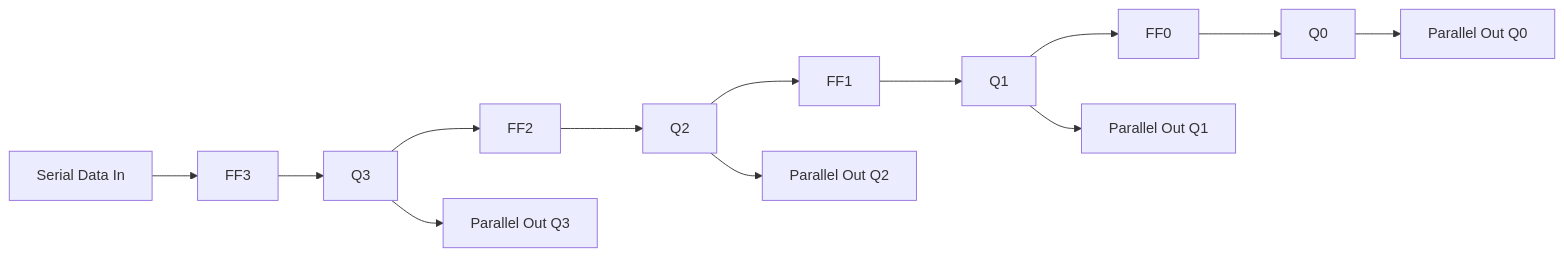
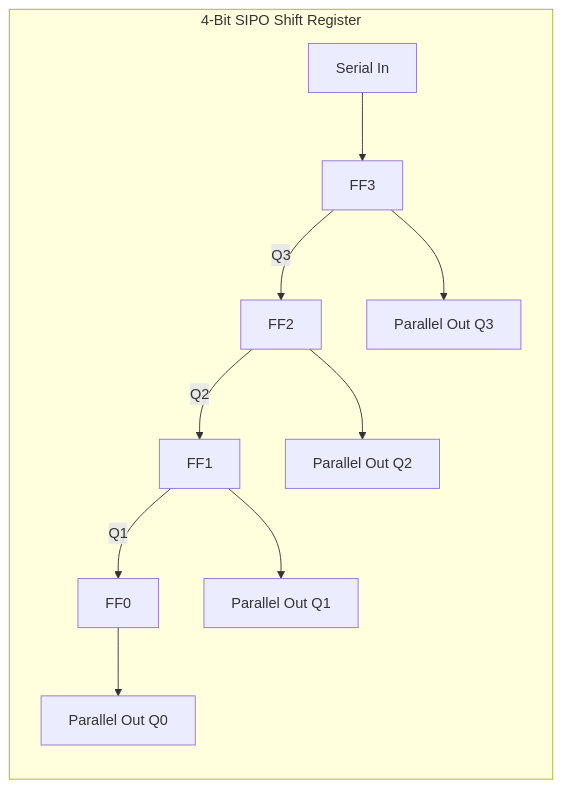
The eighth of 11 diagrams in DLD/notes/cat2/cat2-hots-module3-sequential-circuits.md (AnkitSinghGTHB/Fall2627), drawn with Mermaid before and after one commit. The commit also changed other lines of this file and 1 other file, not shown here.

Commit message:
feat(dld): add complete flip-flop schematics, conversions, ripple/synchronous counter circuits, and FSM architectures

````diff
--- a/DLD/notes/cat2/cat2-hots-module3-sequential-circuits.md
+++ b/DLD/notes/cat2/cat2-hots-module3-sequential-circuits.md
@@ -29,16 +216,14 @@
 ```mermaid
 graph LR
-    SI["Serial Data In"] --> D3["FF3"]
-    D3 --> Q3["Q3"]
-    Q3 --> D2["FF2"]
-    D2 --> Q2["Q2"]
-    Q2 --> D1["FF1"]
-    D1 --> Q1["Q1"]
-    Q1 --> D0["FF0"]
-    D0 --> Q0["Q0"]
+    subgraph SIPO ["4-Bit SIPO Shift Register"]
+    SI["Serial In"] --> D3["FF3"]
+    D3 -->|"Q3"| D2["FF2"]
+    D2 -->|"Q2"| D1["FF1"]
+    D1 -->|"Q1"| D0["FF0"]
     
-    Q3 --> O3["Parallel Out Q3"]
-    Q2 --> O2["Parallel Out Q2"]
-    Q1 --> O1["Parallel Out Q1"]
-    Q0 --> O0["Parallel Out Q0"]
+    D3 --> O3["Parallel Out Q3"]
+    D2 --> O2["Parallel Out Q2"]
+    D1 --> O1["Parallel Out Q1"]
+    D0 --> O0["Parallel Out Q0"]
+    end
 ```
````
